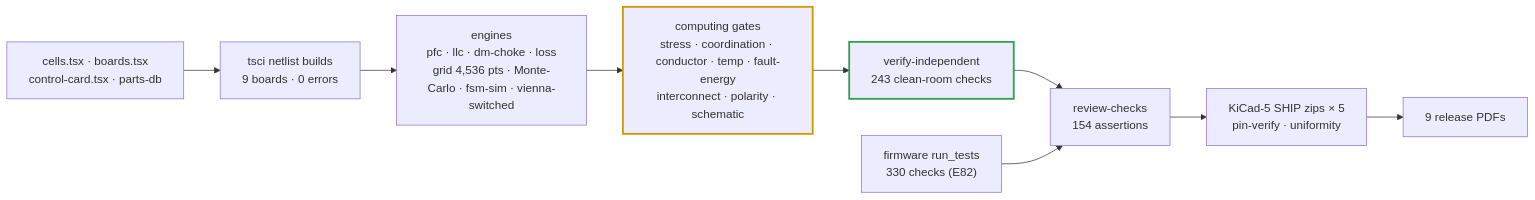
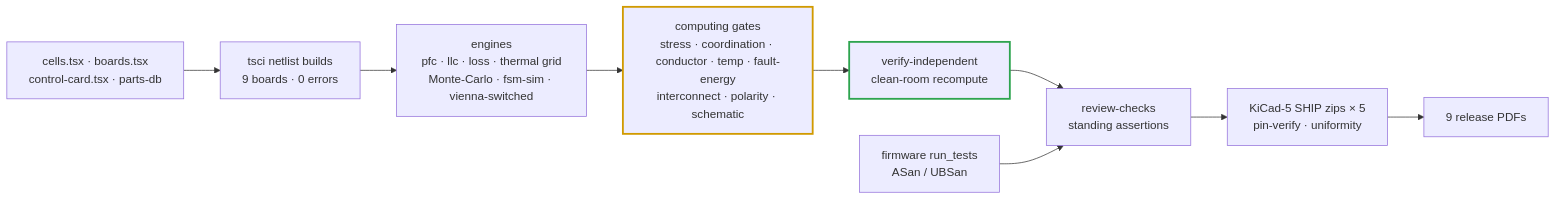
One commit to vectivolt/DC-Modules changed the diagram in docs/verification-matrix.md. Above: the diagram before and after it, drawn with Mermaid. The commit also changed other lines of this file and 802 other files, not shown here.

````diff
--- a/docs/verification-matrix.md
+++ b/docs/verification-matrix.md
@@ -54,13 +54,13 @@
 ```mermaid
 flowchart LR
   SRC["cells.tsx · boards.tsx<br/>control-card.tsx · parts-db"] --> BUILD["tsci netlist builds<br/>9 boards · 0 errors"]
-  BUILD --> ENG["engines<br/>pfc · llc · dm-choke · loss<br/>grid 4,536 pts · Monte-Carlo · fsm-sim · vienna-switched"]
+  BUILD --> ENG["engines<br/>pfc · llc · loss · thermal grid<br/>Monte-Carlo · fsm-sim · vienna-switched"]
   ENG --> GATES["computing gates<br/>stress · coordination · conductor · temp · fault-energy<br/>interconnect · polarity · schematic"]
-  GATES --> IND["verify-independent<br/>243 clean-room checks"]
-  IND --> REV["review-checks<br/>154 assertions"]
+  GATES --> IND["verify-independent<br/>clean-room recompute"]
+  IND --> REV["review-checks<br/>standing assertions"]
   REV --> SHIP["KiCad-5 SHIP zips × 5<br/>pin-verify · uniformity"]
   SHIP --> PDF["9 release PDFs"]
-  FW["firmware run_tests<br/>330 checks (E82)"] --> REV
+  FW["firmware run_tests<br/>ASan / UBSan"] --> REV
   style GATES stroke:#d19a00,stroke-width:2.5px
   style IND stroke:#2ea44f,stroke-width:2.5px
 ```
````
